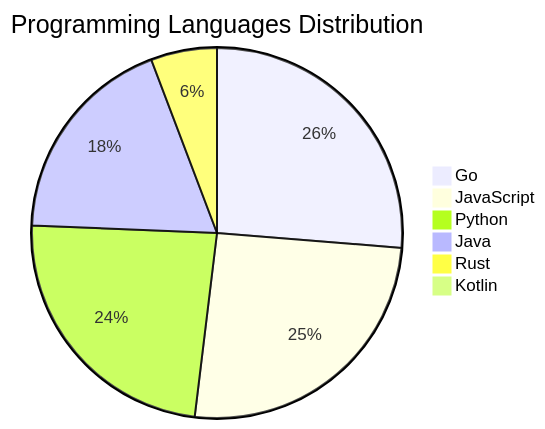
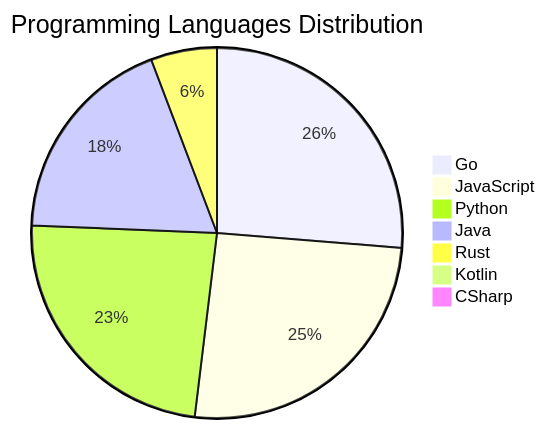
The diagram in README.md (Derrick-MUGISHA/github-activity-bot), drawn with Mermaid before and after one commit. The commit also changed other lines of this file and 4 other files, not shown here.

````diff
--- a/README.md
+++ b/README.md
@@ -206,9 +207,10 @@
 ```mermaid
 pie title Programming Languages Distribution
     "Go" : 41
     "JavaScript" : 40
     "Python" : 37
     "Java" : 29
     "Rust" : 9
     "Kotlin" : 1
+    "CSharp" : 1
 ```
````
